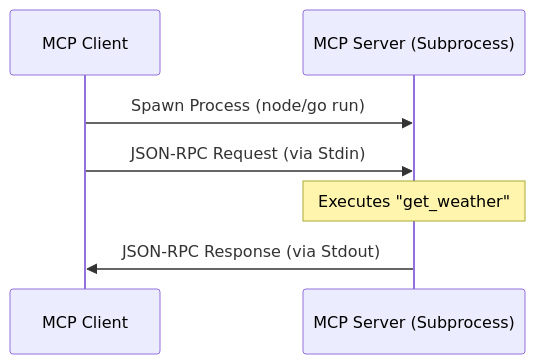
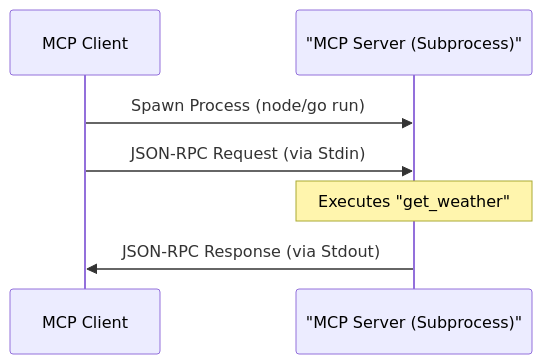
The first of 3 diagrams in ARCHITECTURE.md (Matota/mcp-learning), drawn with Mermaid before and after one commit. The commit also changed other lines of this file, not shown here.

Commit message:
Fix Mermaid syntax in architecture diagram

````diff
--- a/ARCHITECTURE.md
+++ b/ARCHITECTURE.md
@@ -8,10 +8,10 @@
 ```mermaid
 sequenceDiagram
     participant C as MCP Client
-    participant S as MCP Server (Subprocess)
+    participant S as "MCP Server (Subprocess)"
 
     C->>S: Spawn Process (node/go run)
     C->>S: JSON-RPC Request (via Stdin)
     Note over S: Executes "get_weather"
     S->>C: JSON-RPC Response (via Stdout)
 ```
````
